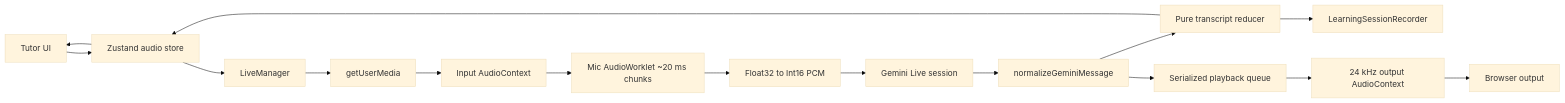
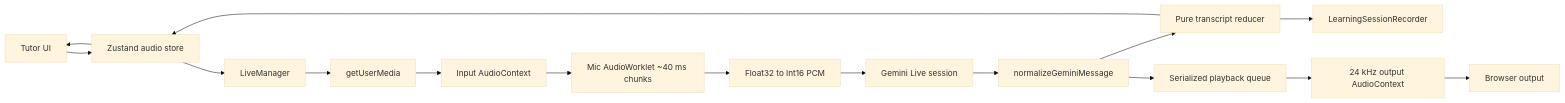
The diagram in docs/architecture/live-conversation.md (salman0butt/talk-tutor), drawn with Mermaid (base theme) before and after one commit. The commit also changed other lines of this file, not shown here.

Commit message:
docs(tutor): align live architecture with reviewed semantics

````diff
--- a/docs/architecture/live-conversation.md
+++ b/docs/architecture/live-conversation.md
@@ -34,20 +34,20 @@
 ```mermaid
 flowchart LR
     UI[Tutor UI] --> Store[Zustand audio store]
     Store --> Live[LiveManager]
     Live --> Mic[getUserMedia]
     Mic --> InputCtx[Input AudioContext]
-    InputCtx --> Worklet[Mic AudioWorklet ~20 ms chunks]
+    InputCtx --> Worklet[Mic AudioWorklet ~40 ms chunks]
     Worklet --> PCM[Float32 to Int16 PCM]
     PCM --> Gemini[Gemini Live session]
 
     Gemini --> Normalize[normalizeGeminiMessage]
     Normalize --> Transcript[Pure transcript reducer]
     Transcript --> Store
     Transcript --> Recorder[LearningSessionRecorder]
 
     Normalize --> Queue[Serialized playback queue]
     Queue --> OutputCtx[24 kHz output AudioContext]
     OutputCtx --> Speaker[Browser output]
     Store --> UI
 ```
````
